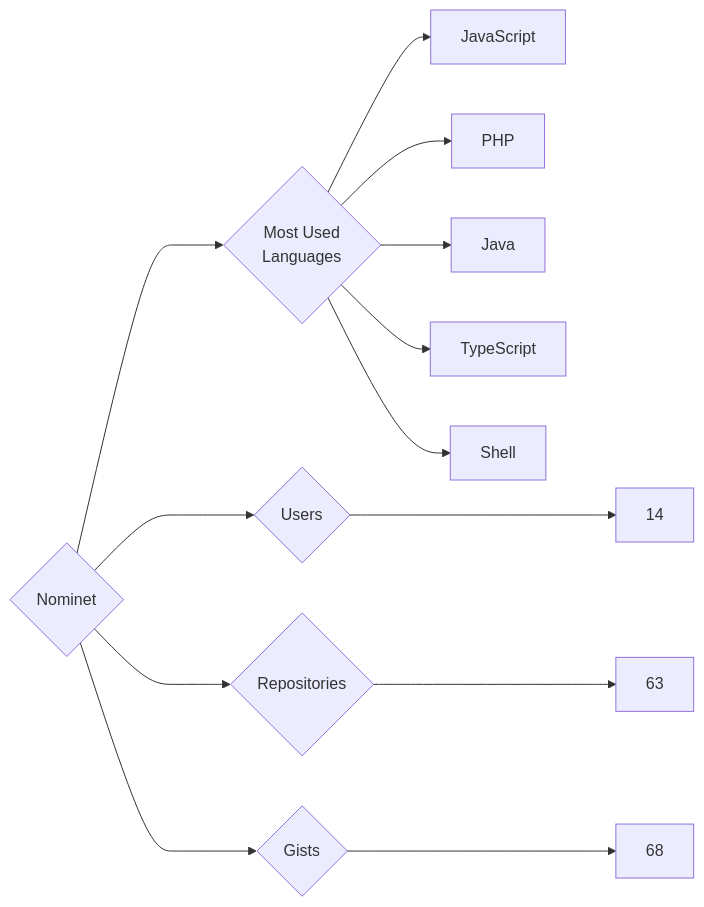
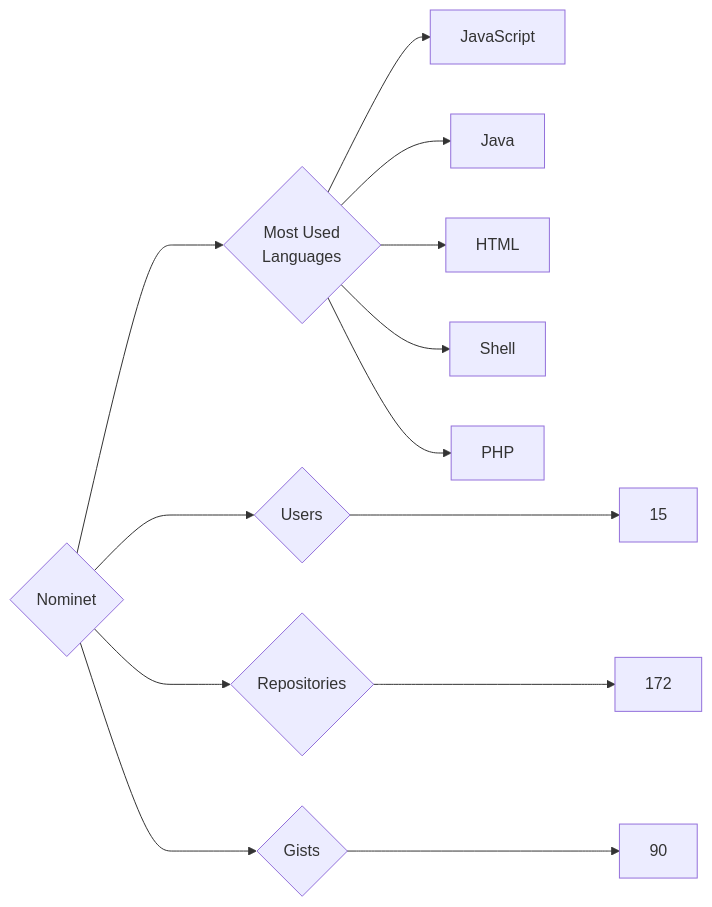
One commit to trickest/insiders changed the diagram in targets/Nominet/README.md. Above: the diagram before and after it, drawn with Mermaid. The commit also changed 965 other files, not shown here.

````diff
--- a/targets/Nominet/README.md
+++ b/targets/Nominet/README.md
@@ -3,13 +3,13 @@
 ```mermaid
 graph LR
 COMPANY_NAME{Nominet}
-COMPANY_NAME ---> U{Users} ---> UN[14]
-COMPANY_NAME ---> R{Repositories} ---> RN[63]
-COMPANY_NAME ---> G{Gists} ---> GN[68]
+COMPANY_NAME ---> U{Users} ---> UN[15]
+COMPANY_NAME ---> R{Repositories} ---> RN[172]
+COMPANY_NAME ---> G{Gists} ---> GN[90]
 COMPANY_NAME ---> ML{Most Used<br>Languages}
 ML --> JavaScript[JavaScript]
+ML --> Java[Java]
+ML --> HTML[HTML]
+ML --> Shell[Shell]
 ML --> PHP[PHP]
-ML --> Java[Java]
-ML --> TypeScript[TypeScript]
-ML --> Shell[Shell]
 ```
````
